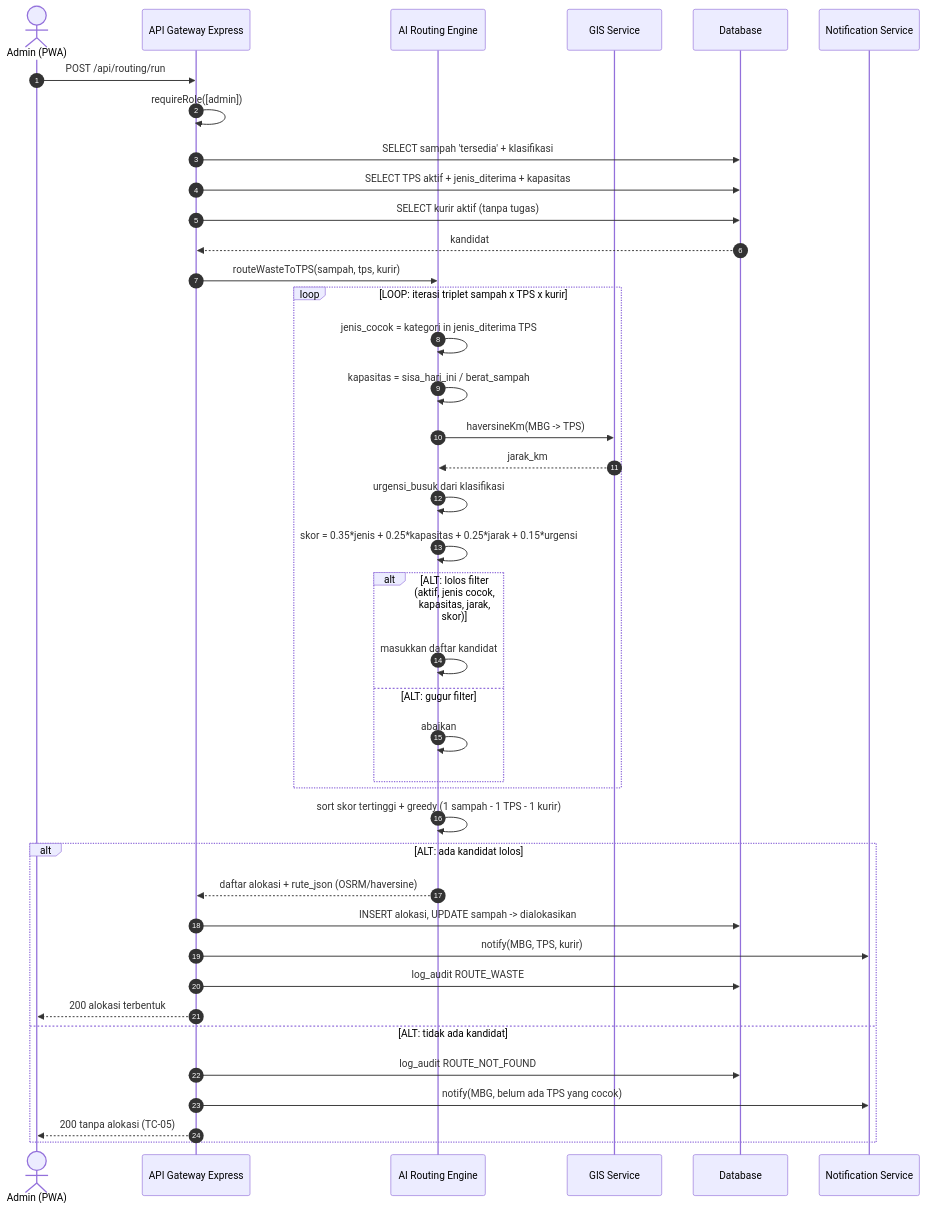
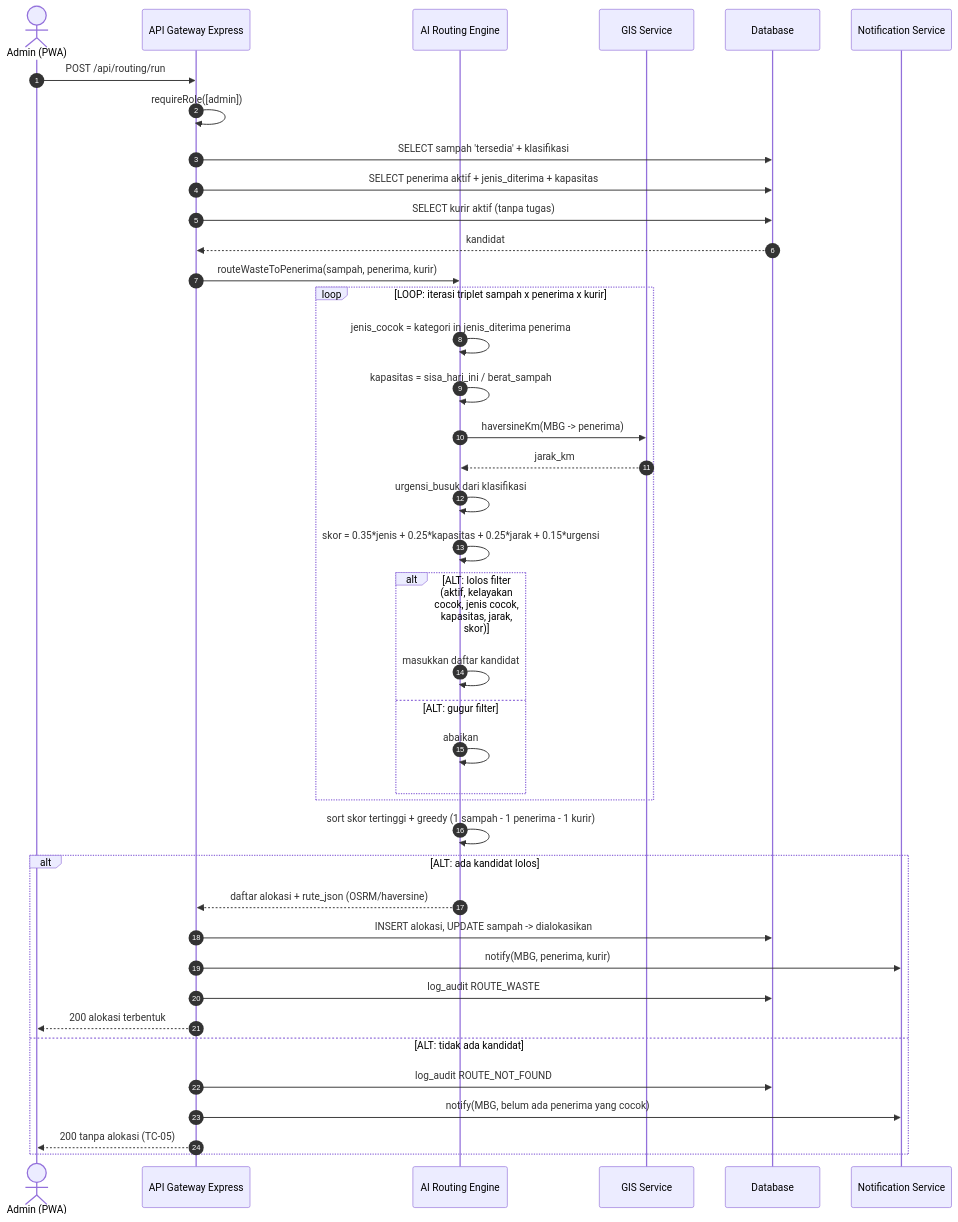
The eighth of 10 diagrams in docs/arsitektur/Dokumen_Arsitektur_Sistem_EcoMatch_v2.0.md (naylaaurellia18-web/ecomatch), drawn with Mermaid before and after one commit. The commit also changed other lines of this file and 110 other files, not shown here.

First line of the commit message:
feat(revisi): penyaluran sisa makanan MBG ke Penerima (kelayakan layak->panti/yayasan, tidak layak->peternakan)

````diff
--- a/docs/arsitektur/Dokumen_Arsitektur_Sistem_EcoMatch_v2.0.md
+++ b/docs/arsitektur/Dokumen_Arsitektur_Sistem_EcoMatch_v2.0.md
@@ -448,45 +450,45 @@
 ```mermaid
 sequenceDiagram
     autonumber
     actor A as Admin (PWA)
     participant API as API Gateway Express
     participant RE as AI Routing Engine
     participant GIS as GIS Service
     participant DB as Database
     participant NS as Notification Service
 
     A->>API: POST /api/routing/run
     API->>API: requireRole([admin])
     API->>DB: SELECT sampah 'tersedia' + klasifikasi
-    API->>DB: SELECT TPS aktif + jenis_diterima + kapasitas
+    API->>DB: SELECT penerima aktif + jenis_diterima + kapasitas
     API->>DB: SELECT kurir aktif (tanpa tugas)
     DB-->>API: kandidat
-    API->>RE: routeWasteToTPS(sampah, tps, kurir)
+    API->>RE: routeWasteToPenerima(sampah, penerima, kurir)
 
-    loop LOOP: iterasi triplet sampah x TPS x kurir
-        RE->>RE: jenis_cocok = kategori in jenis_diterima TPS
+    loop LOOP: iterasi triplet sampah x penerima x kurir
+        RE->>RE: jenis_cocok = kategori in jenis_diterima penerima
         RE->>RE: kapasitas = sisa_hari_ini / berat_sampah
-        RE->>GIS: haversineKm(MBG -> TPS)
+        RE->>GIS: haversineKm(MBG -> penerima)
         GIS-->>RE: jarak_km
         RE->>RE: urgensi_busuk dari klasifikasi
         RE->>RE: skor = 0.35*jenis + 0.25*kapasitas + 0.25*jarak + 0.15*urgensi
-        alt ALT: lolos filter (aktif, jenis cocok, kapasitas, jarak, skor)
+        alt ALT: lolos filter (aktif, kelayakan cocok, jenis cocok, kapasitas, jarak, skor)
             RE->>RE: masukkan daftar kandidat
         else ALT: gugur filter
             RE->>RE: abaikan
         end
     end
 
-    RE->>RE: sort skor tertinggi + greedy (1 sampah - 1 TPS - 1 kurir)
+    RE->>RE: sort skor tertinggi + greedy (1 sampah - 1 penerima - 1 kurir)
     alt ALT: ada kandidat lolos
         RE-->>API: daftar alokasi + rute_json (OSRM/haversine)
         API->>DB: INSERT alokasi, UPDATE sampah -> dialokasikan
-        API->>NS: notify(MBG, TPS, kurir)
+        API->>NS: notify(MBG, penerima, kurir)
         API->>DB: log_audit ROUTE_WASTE
         API-->>A: 200 alokasi terbentuk
     else ALT: tidak ada kandidat
         API->>DB: log_audit ROUTE_NOT_FOUND
-        API->>NS: notify(MBG, belum ada TPS yang cocok)
+        API->>NS: notify(MBG, belum ada penerima yang cocok)
         API-->>A: 200 tanpa alokasi (TC-05)
     end
 ```
````
